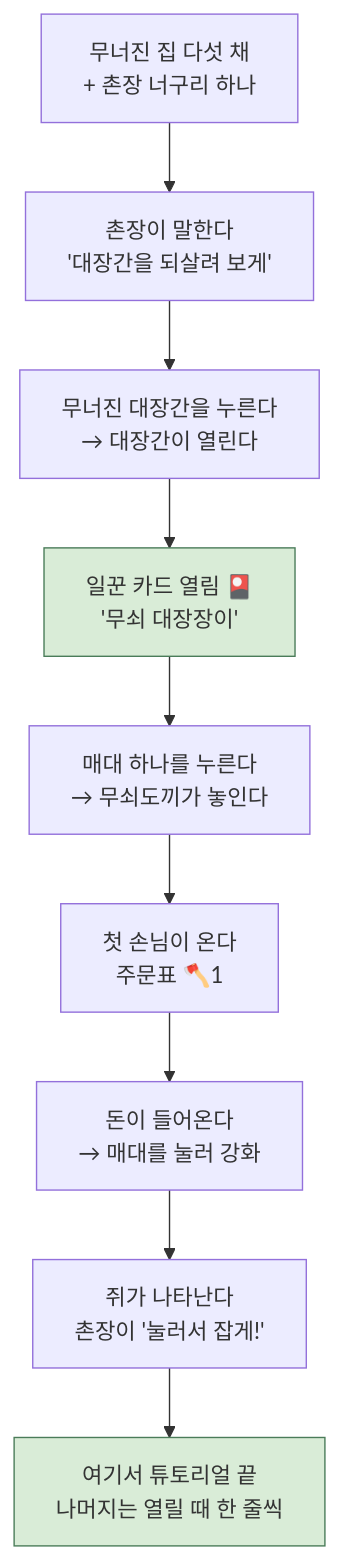
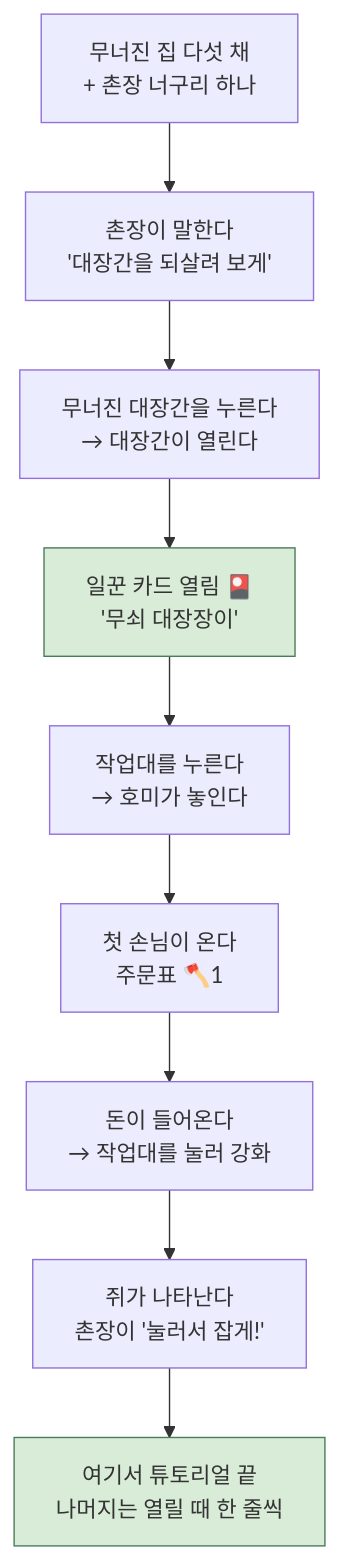
Before and after one commit to nonexpertchassi-creator/raccoon-hollow: the second of 7 diagrams in FLOW.md, drawn with Mermaid. The commit also changed other lines of this file and 26 other files, not shown here.

````diff
--- a/FLOW.md
+++ b/FLOW.md
@@ -29,13 +29,13 @@
 ```mermaid
 flowchart TD
     A["무너진 집 다섯 채<br/>+ 촌장 너구리 하나"] --> B["촌장이 말한다<br/>'대장간을 되살려 보게'"]
     B --> C["무너진 대장간을 누른다<br/>→ 대장간이 열린다"]
     C --> D["일꾼 카드 열림 🎴<br/>'무쇠 대장장이'"]
-    D --> E["매대 하나를 누른다<br/>→ 무쇠도끼가 놓인다"]
+    D --> E["작업대를 누른다<br/>→ 호미가 놓인다"]
     E --> F["첫 손님이 온다<br/>주문표 🪓1"]
-    F --> G["돈이 들어온다<br/>→ 매대를 눌러 강화"]
+    F --> G["돈이 들어온다<br/>→ 작업대를 눌러 강화"]
     G --> H["쥐가 나타난다<br/>촌장이 '눌러서 잡게!'"]
     H --> I["여기서 튜토리얼 끝<br/>나머지는 열릴 때 한 줄씩"]
     style D fill:#d9ecd7,stroke:#4a7c59
     style I fill:#d9ecd7,stroke:#4a7c59
 ```
````
